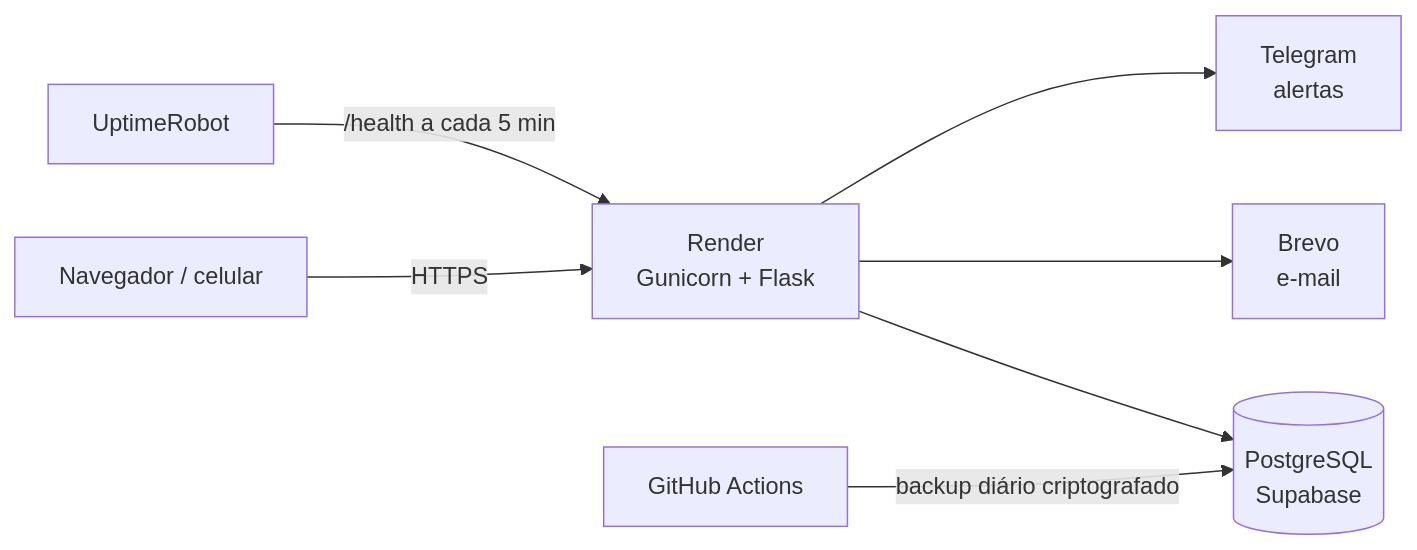
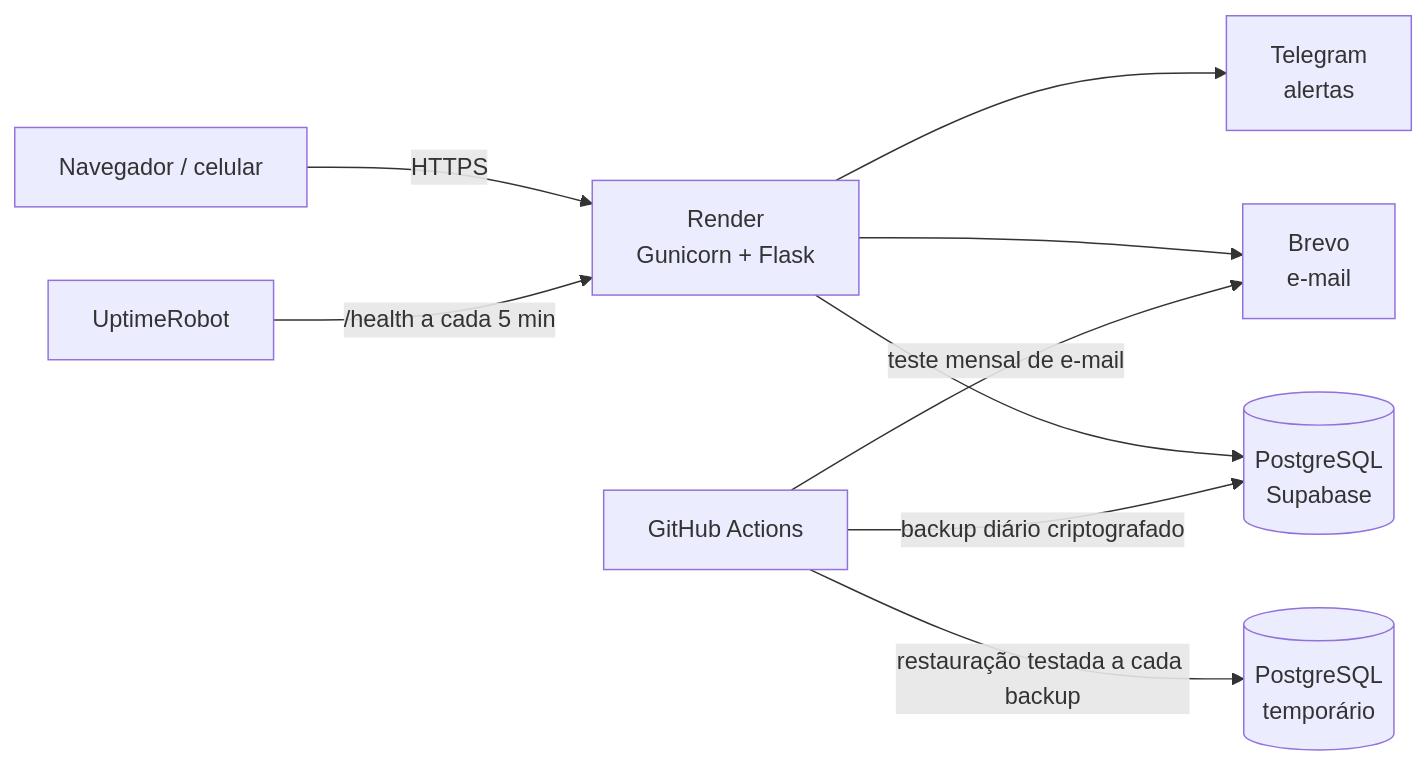
Before and after one commit to mttfmi/planejamento-em-foco: the diagram in README.md, drawn with Mermaid. The commit also changed other lines of this file and 4 other files, not shown here.

````diff
--- a/README.md
+++ b/README.md
@@ -26,9 +36,11 @@
 ```mermaid
 flowchart LR
     U[Navegador / celular] -->|HTTPS| R[Render<br/>Gunicorn + Flask]
     R --> S[(PostgreSQL<br/>Supabase)]
     R --> B[Brevo<br/>e-mail]
     R --> T[Telegram<br/>alertas]
     M[UptimeRobot] -->|/health a cada 5 min| R
     A[GitHub Actions] -->|backup diário criptografado| S
+    A -->|restauração testada a cada backup| P[(PostgreSQL<br/>temporário)]
+    A -->|teste mensal de e-mail| B
 ```
````
